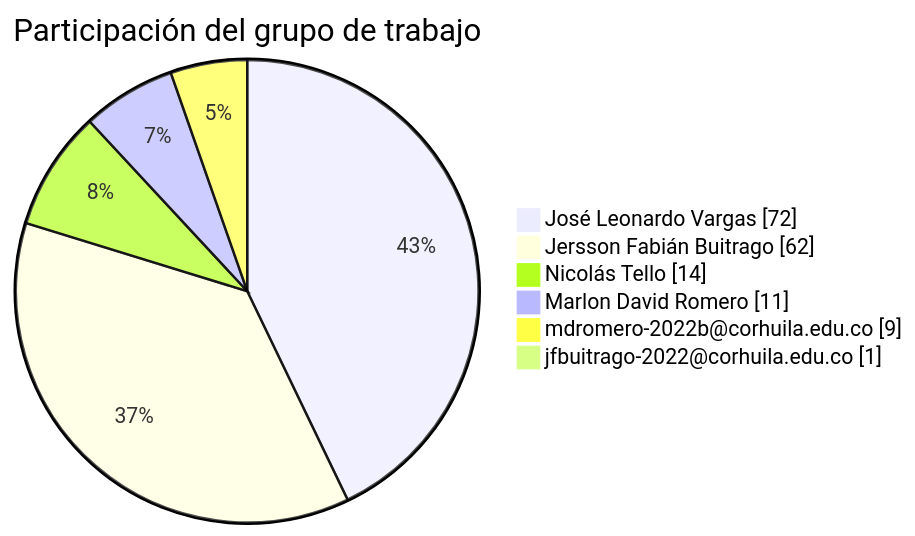
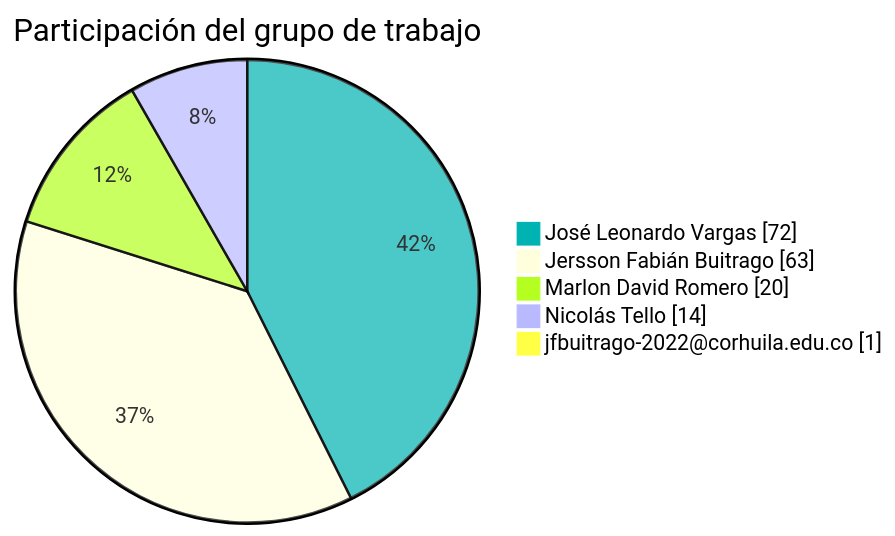
Before and after one commit to FarmaExpres/FarmaExpres: the first of 2 diagrams in README.md, drawn with Mermaid. The commit also changed other lines of this file and 1 other file, not shown here.

````diff
--- a/README.md
+++ b/README.md
@@ -316,10 +315,10 @@
 ```mermaid
+%%{init: {"themeVariables": {"pie1": "#00b3b3"}}}%%
 pie showData
     title Participación del grupo de trabajo
     "José Leonardo Vargas" : 72
-    "Jersson Fabián Buitrago" : 62
+    "Jersson Fabián Buitrago" : 63
+    "Marlon David Romero" : 20
     "Nicolás Tello" : 14
-    "Marlon David Romero" : 11
-    "mdromero-2022b@corhuila.edu.co" : 9
     "jfbuitrago-2022@corhuila.edu.co" : 1
 ```
````
